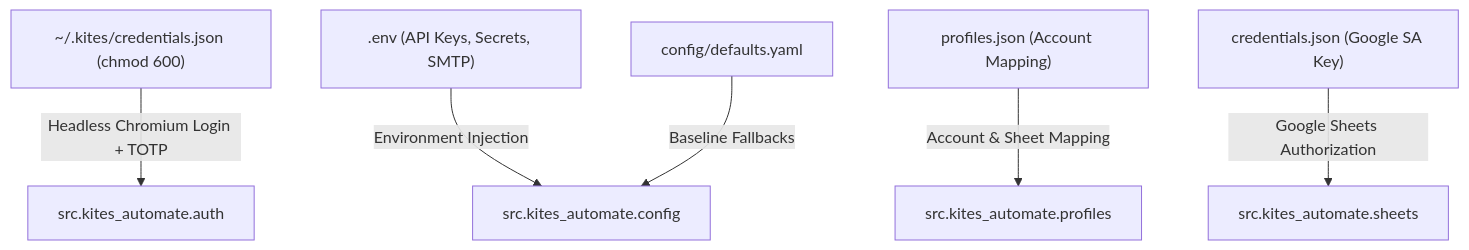
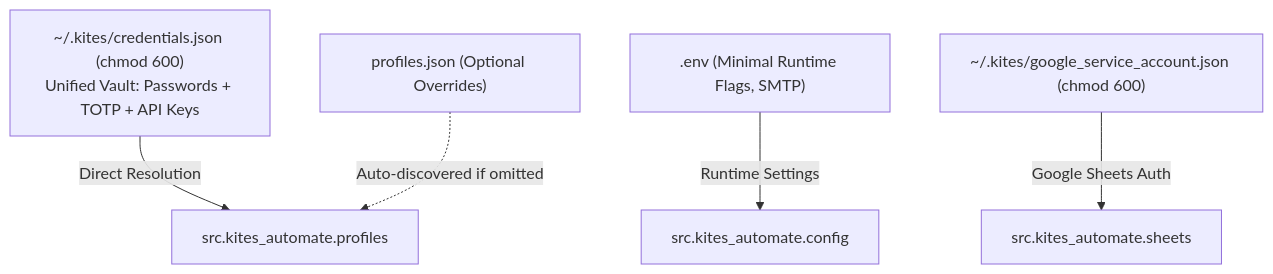
Before and after one commit to phantomhieve/kites-portfolio-automate: the diagram in docs/configuration_and_secrets.md, drawn with Mermaid. The commit also changed other lines of this file and 12 other files, not shown here.

Commit message:
feat: consolidate secret vault, drop defaults.yaml, and harden migration

````diff
--- a/docs/configuration_and_secrets.md
+++ b/docs/configuration_and_secrets.md
@@ -19,8 +19,7 @@
 ```mermaid
 graph TD
-    A["~/.kites/credentials.json (chmod 600)"] -->|"Headless Chromium Login + TOTP"| B["src.kites_automate.auth"]
-    C[".env (API Keys, Secrets, SMTP)"] -->|"Environment Injection"| D["src.kites_automate.config"]
-    E["profiles.json (Account Mapping)"] -->|"Account & Sheet Mapping"| F["src.kites_automate.profiles"]
-    G["credentials.json (Google SA Key)"] -->|"Google Sheets Authorization"| H["src.kites_automate.sheets"]
-    I["config/defaults.yaml"] -->|"Baseline Fallbacks"| D
+    A["~/.kites/credentials.json (chmod 600)<br>Unified Vault: Passwords + TOTP + API Keys"] -->|"Direct Resolution"| B["src.kites_automate.profiles"]
+    C[".env (Minimal Runtime Flags, SMTP)"] -->|"Runtime Settings"| D["src.kites_automate.config"]
+    E["~/.kites/google_service_account.json (chmod 600)"] -->|"Google Sheets Auth"| F["src.kites_automate.sheets"]
+    G["profiles.json (Optional Overrides)"] -.->|"Auto-discovered if omitted"| B
 ```
````
